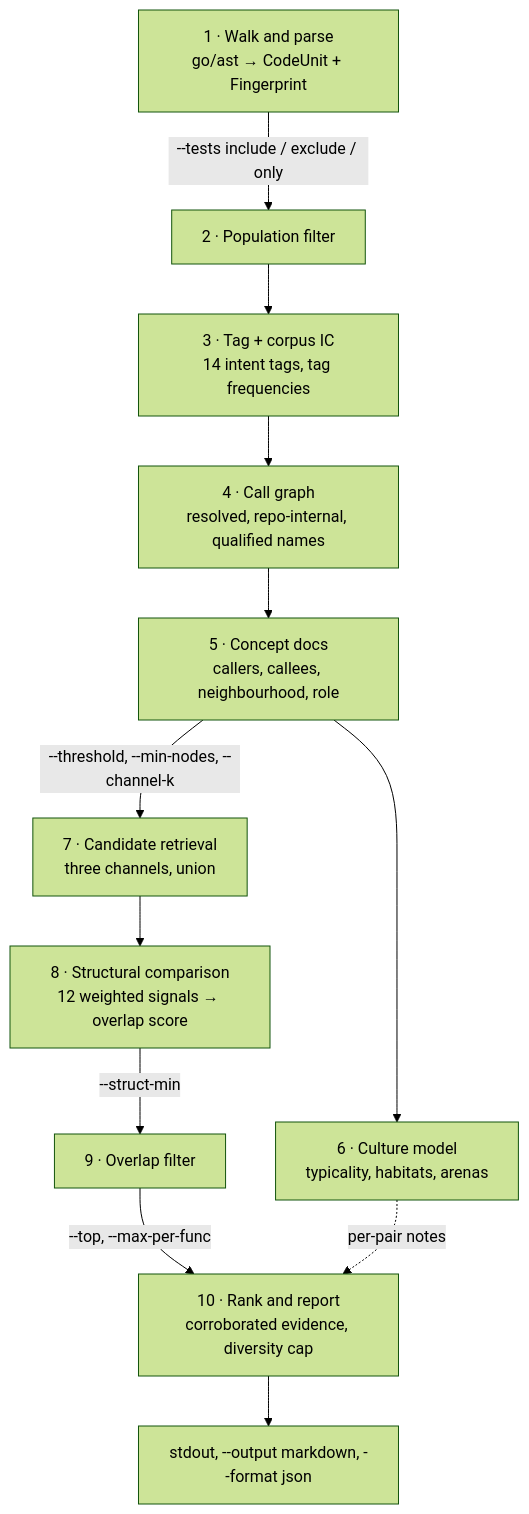
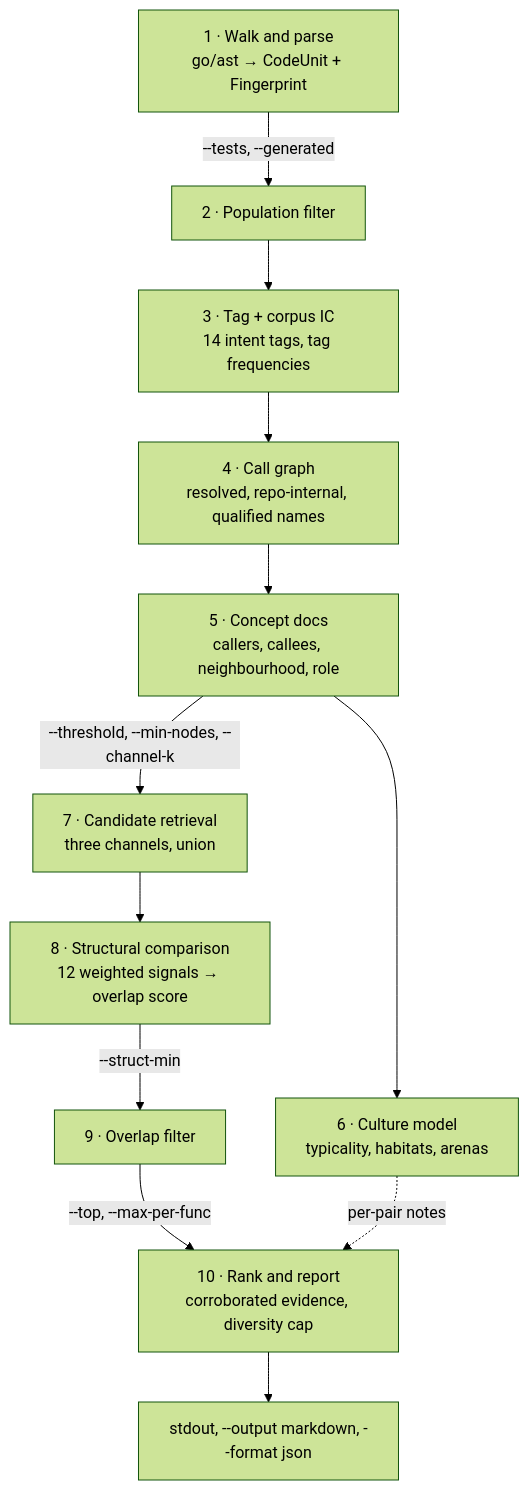
The first of 7 diagrams in .github/wiki/how-it-works.md (LukasSelin/doppel), drawn with Mermaid (forest theme) before and after one commit. The commit also changed other lines of this file and 21 other files, not shown here.

````diff
--- a/.github/wiki/how-it-works.md
+++ b/.github/wiki/how-it-works.md
@@ -9,24 +9,24 @@
 ```mermaid
 flowchart TD
     parse["1 · Walk and parse<br/>go/ast → CodeUnit + Fingerprint"]
     pop["2 · Population filter"]
     tag["3 · Tag + corpus IC<br/>14 intent tags, tag frequencies"]
     cg["4 · Call graph<br/>resolved, repo-internal, qualified names"]
     docs["5 · Concept docs<br/>callers, callees, neighbourhood, role"]
     cult["6 · Culture model<br/>typicality, habitats, arenas"]
     ret["7 · Candidate retrieval<br/>three channels, union"]
     cmp["8 · Structural comparison<br/>12 weighted signals → overlap score"]
     filt["9 · Overlap filter"]
     rank["10 · Rank and report<br/>corroborated evidence, diversity cap"]
     out["stdout, --output markdown, --format json"]
 
-    parse -->|"--tests include / exclude / only"| pop
+    parse -->|"--tests, --generated"| pop
     pop --> tag --> cg --> docs
     docs --> cult
     docs -->|"--threshold, --min-nodes, --channel-k"| ret
     ret --> cmp
     cmp -->|"--struct-min"| filt
     filt -->|"--top, --max-per-func"| rank
     cult -.->|"per-pair notes"| rank
     rank --> out
 ```
````
